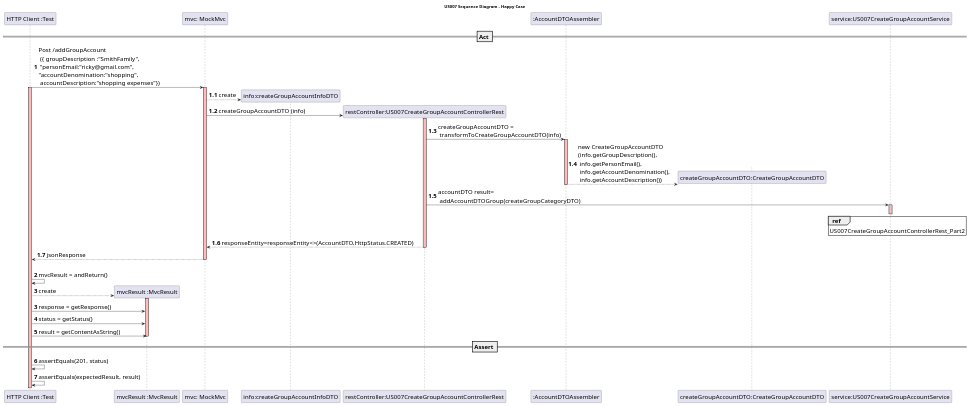
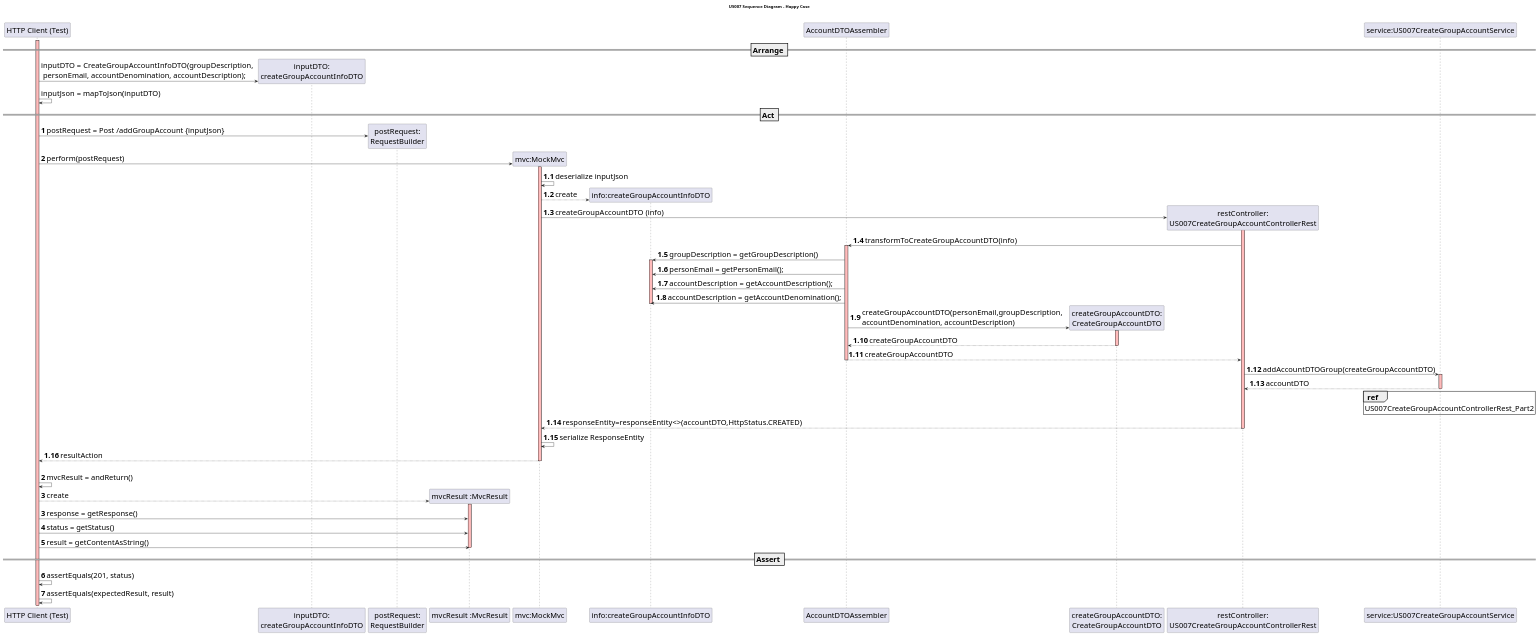
Before and after one commit to mleitaoribeiro/DevOpsMaven: the diagram in src/main/java/switch2019/project/controllerLayer/controllersRest/US007CreateGroupAccountControllerRest_Part1.puml, drawn with PlantUML. The commit also changed 1 other file, not shown here.

Commit message:
ref #843 ref #803 small changes in SD and test

```diff
--- a/src/main/java/switch2019/project/controllerLayer/controllersRest/US007CreateGroupAccountControllerRest_Part1.puml
+++ b/src/main/java/switch2019/project/controllerLayer/controllersRest/US007CreateGroupAccountControllerRest_Part1.puml
@@ -1,77 +1,97 @@
 @startuml
-skinparam DefaultFontSize 20
+skinparam DefaultFontSize 25
 title US007 Sequence Diagram - Happy Case
 
-participant "HTTP Client :Test"
+participant "HTTP Client (Test)"
+participant "inputDTO:\ncreateGroupAccountInfoDTO"
+participant "postRequest:\nRequestBuilder"
 participant "mvcResult :MvcResult"
+participant "mvc:MockMvc"
+participant "info:createGroupAccountInfoDTO"
+participant "AccountDTOAssembler"
+participant "createGroupAccountDTO:\nCreateGroupAccountDTO"
+participant "restController:\nUS007CreateGroupAccountControllerRest"
 
-participant "mvc: MockMvc"
+== Arrange ==
+create "inputDTO:\ncreateGroupAccountInfoDTO"
+activate "HTTP Client (Test)" #FFBBBB
+"HTTP Client (Test)" -> "inputDTO:\ncreateGroupAccountInfoDTO": inputDTO = CreateGroupAccountInfoDTO(groupDescription,\n personEmail, accountDenomination, accountDescription);
+"HTTP Client (Test)" -> "HTTP Client (Test)": inputJson = mapToJson(inputDTO)
 
 == Act ==
-
-
 autonumber
-"HTTP Client :Test" -> "mvc: MockMvc" :Post /addGroupAccount \n ({ groupDescription :"SmithFamily",\n "personEmail:"ricky@gmail.com",\n"accountDenomination:"shopping", \n accountDescription:"shopping expenses"})
-activate "mvc: MockMvc" #FFBBBB
-
-activate "HTTP Client :Test" #FFBBBB
+create "postRequest:\nRequestBuilder"
+"HTTP Client (Test)" -> "postRequest:\nRequestBuilder" : postRequest = Post /addGroupAccount {inputJson}
+create "mvc:MockMvc"
+"HTTP Client (Test)" -> "mvc:MockMvc" : perform(postRequest)
+activate "mvc:MockMvc"  #FFBBBB
 
 autonumber 1.1
+"mvc:MockMvc" -> "mvc:MockMvc" : deserialize inputJson
 create "info:createGroupAccountInfoDTO"
+"mvc:MockMvc"-->"info:createGroupAccountInfoDTO" :create
 
-"mvc: MockMvc"-->"info:createGroupAccountInfoDTO" : create
+create "restController:\nUS007CreateGroupAccountControllerRest"
+"mvc:MockMvc"-> "restController:\nUS007CreateGroupAccountControllerRest": createGroupAccountDTO (info)
+activate "restController:\nUS007CreateGroupAccountControllerRest" #FFBBBB
 
-create "restController:US007CreateGroupAccountControllerRest"
-"mvc: MockMvc"-> "restController:US007CreateGroupAccountControllerRest": createGroupAccountDTO (info)
-activate "restController:US007CreateGroupAccountControllerRest" #FFBBBB
+"restController:\nUS007CreateGroupAccountControllerRest"-> "AccountDTOAssembler":transformToCreateGroupAccountDTO(info)
+activate "AccountDTOAssembler" #FFBBBB
 
-"restController:US007CreateGroupAccountControllerRest"-> ":AccountDTOAssembler":createGroupAccountDTO =\n transformToCreateGroupAccountDTO(info)
-activate ":AccountDTOAssembler" #FFBBBB
+"AccountDTOAssembler" -> "info:createGroupAccountInfoDTO" : groupDescription = getGroupDescription()
+activate "info:createGroupAccountInfoDTO" #FFBBBB
+"AccountDTOAssembler" -> "info:createGroupAccountInfoDTO" : personEmail = getPersonEmail();
+"AccountDTOAssembler" -> "info:createGroupAccountInfoDTO" : accountDescription = getAccountDescription();
+"AccountDTOAssembler" -> "info:createGroupAccountInfoDTO" : accountDescription = getAccountDenomination();
+deactivate "info:createGroupAccountInfoDTO"
 
-create "createGroupAccountDTO:CreateGroupAccountDTO"
-":AccountDTOAssembler"-->"createGroupAccountDTO:CreateGroupAccountDTO":new CreateGroupAccountDTO\n(info.getGroupDescription(),\n info.getPersonEmail(),\n info.getAccountDenomination(), \n info.getAccountDescription())
-deactivate ":AccountDTOAssembler"
+create "createGroupAccountDTO:\nCreateGroupAccountDTO"
+"AccountDTOAssembler" -> "createGroupAccountDTO:\nCreateGroupAccountDTO" : createGroupAccountDTO(personEmail,groupDescription, \naccountDenomination, accountDescription)
+activate "createGroupAccountDTO:\nCreateGroupAccountDTO" #FFBBBB
+"createGroupAccountDTO:\nCreateGroupAccountDTO" --> "AccountDTOAssembler": createGroupAccountDTO
+deactivate "createGroupAccountDTO:\nCreateGroupAccountDTO"
 
-"restController:US007CreateGroupAccountControllerRest"->"service:US007CreateGroupAccountService":accountDTO result= \n addAccountDTOGroup(createGroupCategoryDTO)
+"AccountDTOAssembler" --> "restController:\nUS007CreateGroupAccountControllerRest" : createGroupAccountDTO
+deactivate "AccountDTOAssembler"
+
+"restController:\nUS007CreateGroupAccountControllerRest"->"service:US007CreateGroupAccountService": addAccountDTOGroup(createGroupAccountDTO)
 activate "service:US007CreateGroupAccountService" #FFBBBB
+
+"service:US007CreateGroupAccountService" --> "restController:\nUS007CreateGroupAccountControllerRest" : accountDTO
 deactivate "service:US007CreateGroupAccountService" #FFBBBB
 
 ref over "service:US007CreateGroupAccountService": US007CreateGroupAccountControllerRest_Part2
 
-"restController:US007CreateGroupAccountControllerRest"--> "mvc: MockMvc":responseEntity=responseEntity<>(AccountDTO,HttpStatus.CREATED)
-deactivate "restController:US007CreateGroupAccountControllerRest"
+"restController:\nUS007CreateGroupAccountControllerRest"--> "mvc:MockMvc":responseEntity=responseEntity<>(accountDTO,HttpStatus.CREATED)
+deactivate "restController:\nUS007CreateGroupAccountControllerRest"
 
-"HTTP Client :Test" <-- "mvc: MockMvc" : jsonResponse
-deactivate "mvc: MockMvc"
+"mvc:MockMvc" -> "mvc:MockMvc" : serialize ResponseEntity
+
+"HTTP Client (Test)" <-- "mvc:MockMvc" : resultAction
+deactivate "mvc:MockMvc"
 
 autonumber 2
 |||
-"HTTP Client :Test" -> "HTTP Client :Test" : mvcResult = andReturn()
+"HTTP Client (Test)" -> "HTTP Client (Test)" : mvcResult = andReturn()
 
 create "mvcResult :MvcResult"
 
-"HTTP Client :Test" --> "mvcResult :MvcResult": create
+"HTTP Client (Test)" --> "mvcResult :MvcResult": create
 activate "mvcResult :MvcResult" #FFBBBB
+
 autonumber 3
-"HTTP Client :Test" -> "mvcResult :MvcResult" : response = getResponse()
-
+"HTTP Client (Test)" -> "mvcResult :MvcResult" : response = getResponse()
 
 autonumber 4
-"HTTP Client :Test" -> "mvcResult :MvcResult" : status = getStatus()
-
-
-
-"HTTP Client :Test" -> "mvcResult :MvcResult" : result = getContentAsString()
-
+"HTTP Client (Test)" -> "mvcResult :MvcResult" : status = getStatus()
+"HTTP Client (Test)" -> "mvcResult :MvcResult" : result = getContentAsString()
 deactivate "mvcResult :MvcResult" #FFBBBB
 
 == Assert ==
 
-"HTTP Client :Test" -> "HTTP Client :Test" : assertEquals(201, status)
-"HTTP Client :Test" -> "HTTP Client :Test" : assertEquals(expectedResult, result)
+"HTTP Client (Test)" -> "HTTP Client (Test)" : assertEquals(201, status)
+"HTTP Client (Test)" -> "HTTP Client (Test)" : assertEquals(expectedResult, result)
 
-deactivate "mvc: MockMvc"
 deactivate "service:US007CreateGroupAccountService"
-deactivate "restController:US007CreateGroupAccountControllerRest"
 
 @enduml
```
